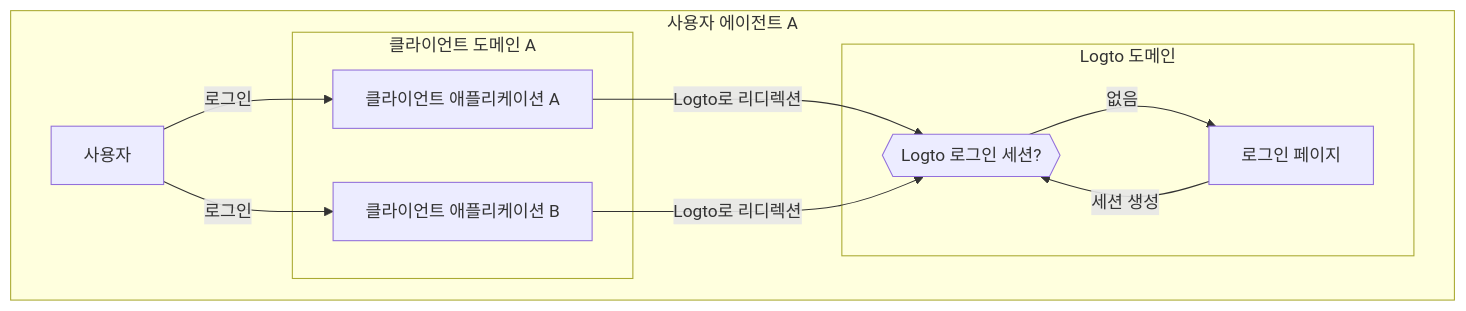
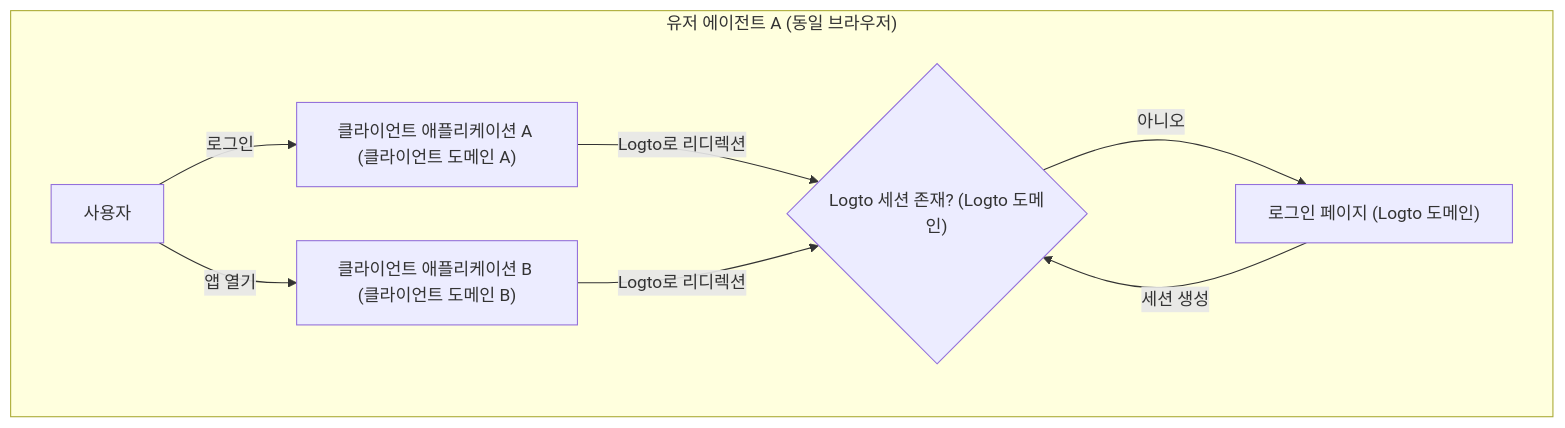
Before and after one commit to logto-io/docs: the third of 5 diagrams in i18n/ko/docusaurus-plugin-content-docs/current/end-user-flows/sign-out.mdx, drawn with Mermaid. The commit also changed other lines of this file and 74 other files, not shown here.

````diff
--- a/i18n/ko/docusaurus-plugin-content-docs/current/end-user-flows/sign-out.mdx
+++ b/i18n/ko/docusaurus-plugin-content-docs/current/end-user-flows/sign-out.mdx
@@ -59,26 +93,23 @@
-   ```mermaid
-    flowchart TD
-    subgraph User [사용자 에이전트 A]
-      U[사용자]
+```mermaid
+flowchart TD
+  U[사용자]
+  A["클라이언트 애플리케이션 A (클라이언트 도메인 A)"]
+  B["클라이언트 애플리케이션 B (클라이언트 도메인 B)"]
+  C{"Logto 세션 존재? (Logto 도메인)"}
+  D["로그인 페이지 (Logto 도메인)"]
 
-      subgraph Layer1 [클라이언트 도메인 A]
-        A[클라이언트 애플리케이션 A]
-      end
+  subgraph UA["유저 에이전트 A (동일 브라우저)"]
+    U
+    A
+    B
+    C
+    D
+  end
 
-      subgraph Layer1 [클라이언트 도메인 B]
-        B[클라이언트 애플리케이션 B]
-      end
-
-      subgraph Layer2 [Logto 도메인]
-          C{{Logto 로그인 세션?}}
-          D[로그인 페이지]
-      end
-    end
-
-    U --> |로그인| A
-    A --> |Logto로 리디렉션| C
-    U --> |로그인| B
-    B --> |Logto로 리디렉션| C
-    C --> |없음| D
-    D --> |세션 생성| C
-   ```
+  U -->|로그인| A
+  A -->|Logto로 리디렉션| C
+  U -->|앱 열기| B
+  B -->|Logto로 리디렉션| C
+  C -->|아니오| D
+  D -->|세션 생성| C
+```
````
